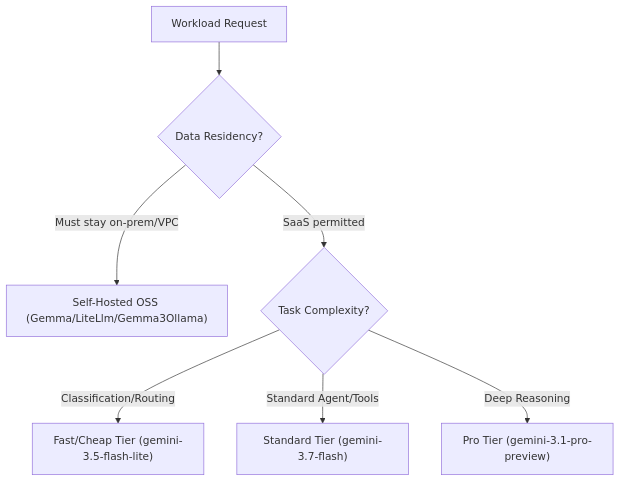
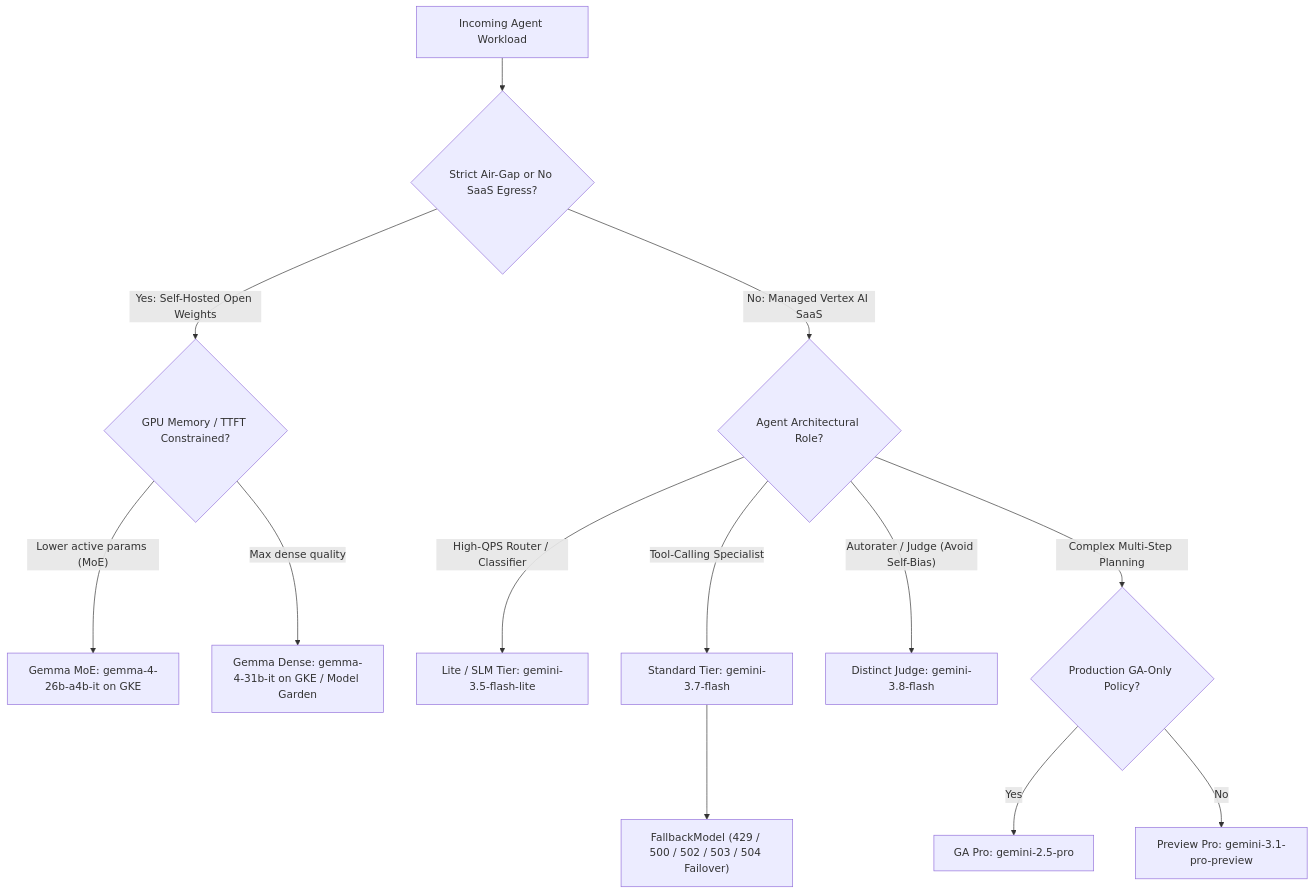
Before and after one commit to cmanikandan/gcp-certification-professional-agentic-architect: the diagram in tracks/03_custom_agents/lab_07_model_selection/README.md, drawn with Mermaid. The commit also changed other lines of this file and 78 other files, not shown here.

````diff
--- a/tracks/03_custom_agents/lab_07_model_selection/README.md
+++ b/tracks/03_custom_agents/lab_07_model_selection/README.md
@@ -24,9 +28,17 @@
 ```mermaid
-graph TD
-    A[Workload Request] --> B{Data Residency?}
-    B -- Must stay on-prem/VPC --> C["Self-Hosted OSS (Gemma/LiteLlm/Gemma3Ollama)"]
-    B -- SaaS permitted --> D{Task Complexity?}
-    D -- Classification/Routing --> E["Fast/Cheap Tier (gemini-3.5-flash-lite)"]
-    D -- Standard Agent/Tools --> F["Standard Tier (gemini-3.7-flash)"]
-    D -- Deep Reasoning --> G["Pro Tier (gemini-3.1-pro-preview)"]
+flowchart TD
+    Req["Incoming Agent Workload"] --> Res{"Strict Air-Gap or No SaaS Egress?"}
+    Res -->|"Yes: Self-Hosted Open Weights"| GPU{"GPU Memory / TTFT Constrained?"}
+    GPU -->|"Lower active params (MoE)"| MoE["Gemma MoE: gemma-4-26b-a4b-it on GKE"]
+    GPU -->|"Max dense quality"| Dense["Gemma Dense: gemma-4-31b-it on GKE / Model Garden"]
+
+    Res -->|"No: Managed Vertex AI SaaS"| Task{"Agent Architectural Role?"}
+    Task -->|"High-QPS Router / Classifier"| Lite["Lite / SLM Tier: gemini-3.5-flash-lite"]
+    Task -->|"Tool-Calling Specialist"| Flash["Standard Tier: gemini-3.7-flash"]
+    Task -->|"Autorater / Judge (Avoid Self-Bias)"| Judge["Distinct Judge: gemini-3.8-flash"]
+    Task -->|"Complex Multi-Step Planning"| Gate{"Production GA-Only Policy?"}
+    Gate -->|"Yes"| GAPro["GA Pro: gemini-2.5-pro"]
+    Gate -->|"No"| PrevPro["Preview Pro: gemini-3.1-pro-preview"]
+
+    Flash --> HA["FallbackModel (429 / 500 / 502 / 503 / 504 Failover)"]
 ```
````
